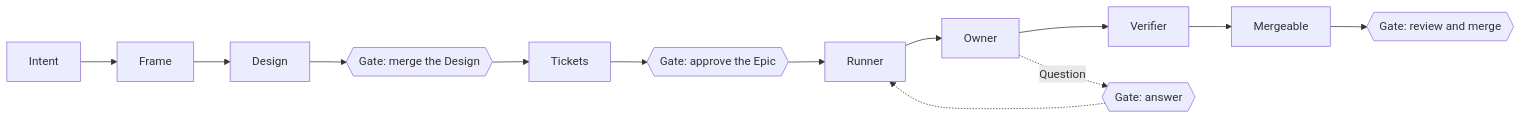
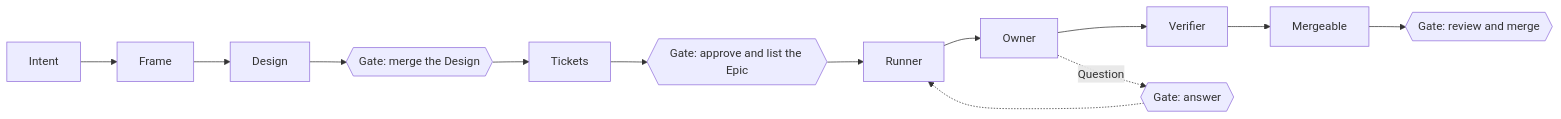
One commit to maro114510/skills changed the first of 6 diagrams in docs/design/development-pipeline.md. Above: the diagram before and after it, drawn with Mermaid. The commit also changed other lines of this file and 1 other file, not shown here.

First line of the commit message:
docs(design): make the Runner synchronous and list Epics instead of repositories

````diff
--- a/docs/design/development-pipeline.md
+++ b/docs/design/development-pipeline.md
@@ -7,15 +7,15 @@
 ```mermaid
 flowchart LR
   I[Intent] --> F[Frame]
   F --> D[Design]
   D --> G1{{Gate: merge the Design}}
   G1 --> T[Tickets]
-  T --> G2{{Gate: approve the Epic}}
+  T --> G2{{Gate: approve and list the Epic}}
   G2 --> R[Runner]
   R --> O[Owner]
   O --> V[Verifier]
   V --> M[Mergeable]
   M --> G3{{Gate: review and merge}}
   O -. Question .-> G4{{Gate: answer}}
   G4 -.-> R
 ```
````
